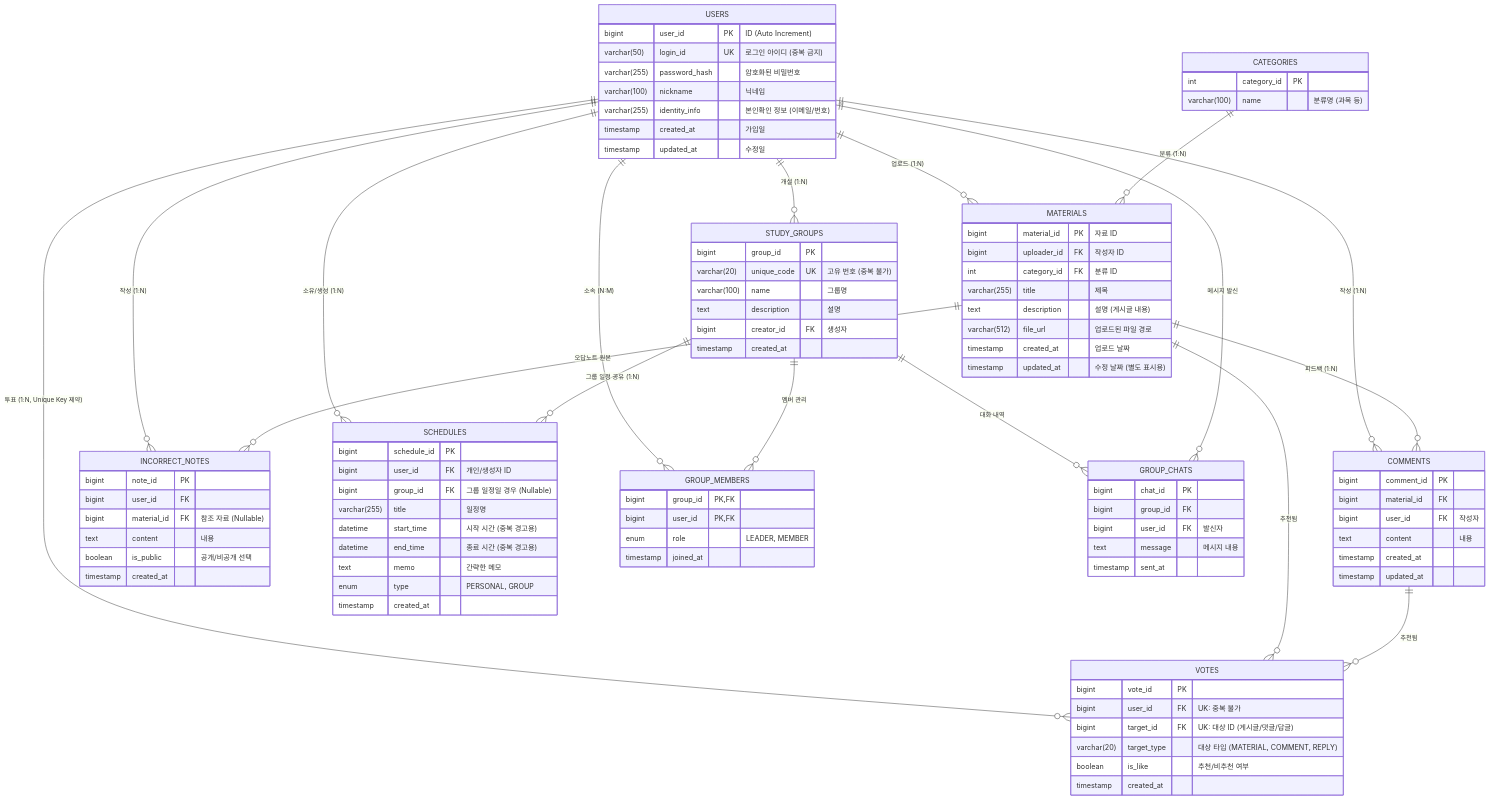
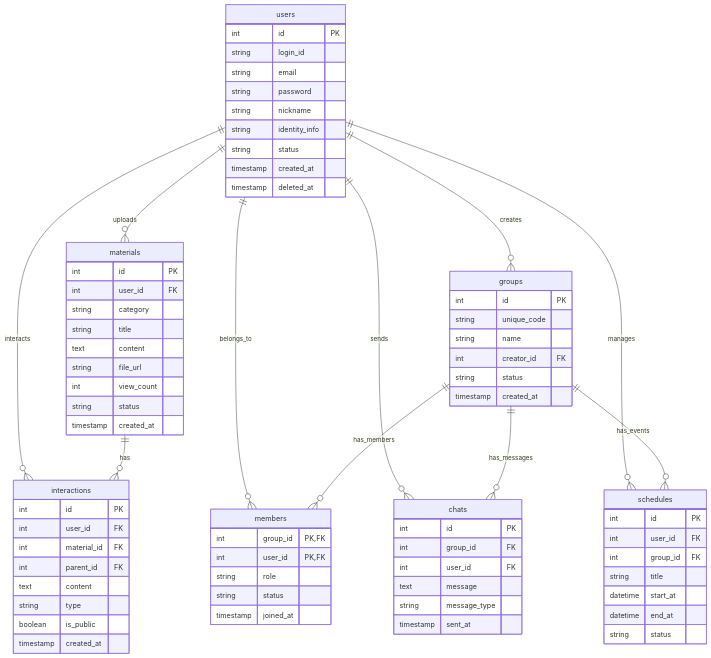
Before and after one commit to kwonyeonwoo/Anti_AI_Filter: the diagram in final_erd_v2.mermaid, drawn with Mermaid. The commit also changed 6 other files, not shown here.

Commit message:
Complete final optimized ERD design and interactive specification

```diff
--- a/final_erd_v2.mermaid
+++ b/final_erd_v2.mermaid
@@ -1,118 +1,83 @@
 erDiagram
-    %% [1] 회원 정보 (Users)
-    USERS {
-        bigint user_id PK "ID (Auto Increment)"
-        varchar(50) login_id UK "로그인 아이디 (중복 금지)"
-        varchar(255) password_hash "암호화된 비밀번호"
-        varchar(100) nickname "닉네임"
-        varchar(255) identity_info "본인확인 정보 (이메일/번호)"
-        timestamp created_at "가입일"
-        timestamp updated_at "수정일"
+    users ||--o{ materials : "uploads"
+    users ||--o{ interactions : "interacts"
+    users ||--o{ groups : "creates"
+    users ||--o{ members : "belongs_to"
+    users ||--o{ chats : "sends"
+    users ||--o{ schedules : "manages"
+    
+    materials ||--o{ interactions : "has"
+    groups ||--o{ members : "has_members"
+    groups ||--o{ chats : "has_messages"
+    groups ||--o{ schedules : "has_events"
+
+    users {
+        int id PK
+        string login_id
+        string email
+        string password
+        string nickname
+        string identity_info
+        string status
+        timestamp created_at
+        timestamp deleted_at
     }
 
-    %% [2] 학습 자료 공유 (Materials)
-    CATEGORIES {
-        int category_id PK
-        varchar(100) name "분류명 (과목 등)"
-    }
-
-    MATERIALS {
-        bigint material_id PK "자료 ID"
-        bigint uploader_id FK "작성자 ID"
-        int category_id FK "분류 ID"
-        varchar(255) title "제목"
-        text description "설명 (게시글 내용)"
-        varchar(512) file_url "업로드된 파일 경로"
-        timestamp created_at "업로드 날짜"
-        timestamp updated_at "수정 날짜 (별도 표시용)"
-    }
-
-    %% [3] 피드백 및 추천 (Feedback & Recommendations)
-    COMMENTS {
-        bigint comment_id PK
-        bigint material_id FK
-        bigint user_id FK "작성자"
-        text content "내용"
-        timestamp created_at
-        timestamp updated_at
-    }
-
-    VOTES {
-        bigint vote_id PK
-        bigint user_id FK "UK: 중복 불가"
-        bigint target_id FK "UK: 대상 ID (게시글/댓글/답글)"
-        varchar(20) target_type "대상 타입 (MATERIAL, COMMENT, REPLY)"
-        boolean is_like "추천/비추천 여부"
+    materials {
+        int id PK
+        int user_id FK
+        string category
+        string title
+        text content
+        string file_url
+        int view_count
+        string status
         timestamp created_at
     }
 
-    INCORRECT_NOTES {
-        bigint note_id PK
-        bigint user_id FK
-        bigint material_id FK "참조 자료 (Nullable)"
-        text content "내용"
-        boolean is_public "공개/비공개 선택"
+    interactions {
+        int id PK
+        int user_id FK
+        int material_id FK
+        int parent_id FK
+        text content
+        string type
+        boolean is_public
         timestamp created_at
     }
 
-    %% [4] 개인 학업 캘린더 (Personal Calendar)
-    SCHEDULES {
-        bigint schedule_id PK
-        bigint user_id FK "개인/생성자 ID"
-        bigint group_id FK "그룹 일정일 경우 (Nullable)"
-        varchar(255) title "일정명"
-        datetime start_time "시작 시간 (중복 경고용)"
-        datetime end_time "종료 시간 (중복 경고용)"
-        text memo "간략한 메모"
-        enum type "PERSONAL, GROUP"
+    groups {
+        int id PK
+        string unique_code
+        string name
+        int creator_id FK
+        string status
         timestamp created_at
     }
 
-    %% [5] 그룹 (Groups)
-    STUDY_GROUPS {
-        bigint group_id PK
-        varchar(20) unique_code UK "고유 번호 (중복 불가)"
-        varchar(100) name "그룹명"
-        text description "설명"
-        bigint creator_id FK "생성자"
-        timestamp created_at
-    }
-
-    GROUP_MEMBERS {
-        bigint group_id PK, FK
-        bigint user_id PK, FK
-        enum role "LEADER, MEMBER"
+    members {
+        int group_id PK, FK
+        int user_id PK, FK
+        string role
+        string status
         timestamp joined_at
     }
 
-    GROUP_CHATS {
-        bigint chat_id PK
-        bigint group_id FK
-        bigint user_id FK "발신자"
-        text message "메시지 내용"
+    chats {
+        int id PK
+        int group_id FK
+        int user_id FK
+        text message
+        string message_type
         timestamp sent_at
     }
 
-    %% [6] 관계 정의 (Relationships)
-    USERS ||--o{ MATERIALS : "업로드 (1:N)"
-    CATEGORIES ||--o{ MATERIALS : "분류 (1:N)"
-    
-    USERS ||--o{ COMMENTS : "작성 (1:N)"
-    MATERIALS ||--o{ COMMENTS : "피드백 (1:N)"
-    
-    USERS ||--o{ VOTES : "투표 (1:N, Unique Key 제약)"
-    MATERIALS ||--o{ VOTES : "추천됨"
-    COMMENTS ||--o{ VOTES : "추천됨"
-
-    USERS ||--o{ INCORRECT_NOTES : "작성 (1:N)"
-    MATERIALS ||--o{ INCORRECT_NOTES : "오답노트 원본"
-
-    USERS ||--o{ SCHEDULES : "소유/생성 (1:N)"
-    STUDY_GROUPS ||--o{ SCHEDULES : "그룹 일정 공유 (1:N)"
-
-    USERS ||--o{ STUDY_GROUPS : "개설 (1:N)"
-    USERS ||--o{ GROUP_MEMBERS : "소속 (N:M)"
-    STUDY_GROUPS ||--o{ GROUP_MEMBERS : "멤버 관리"
-
-    STUDY_GROUPS ||--o{ GROUP_CHATS : "대화 내역"
-    USERS ||--o{ GROUP_CHATS : "메시지 발신"
+    schedules {
+        int id PK
+        int user_id FK
+        int group_id FK
+        string title
+        datetime start_at
+        datetime end_at
+        string status
+    }
```
